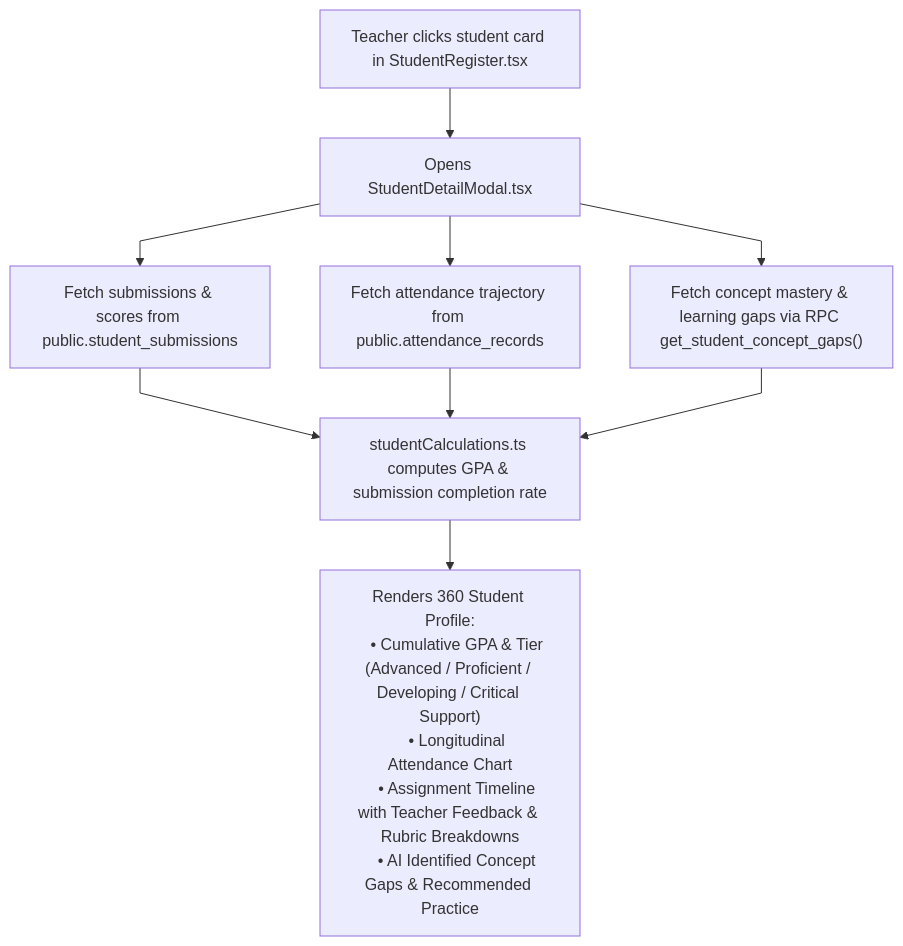
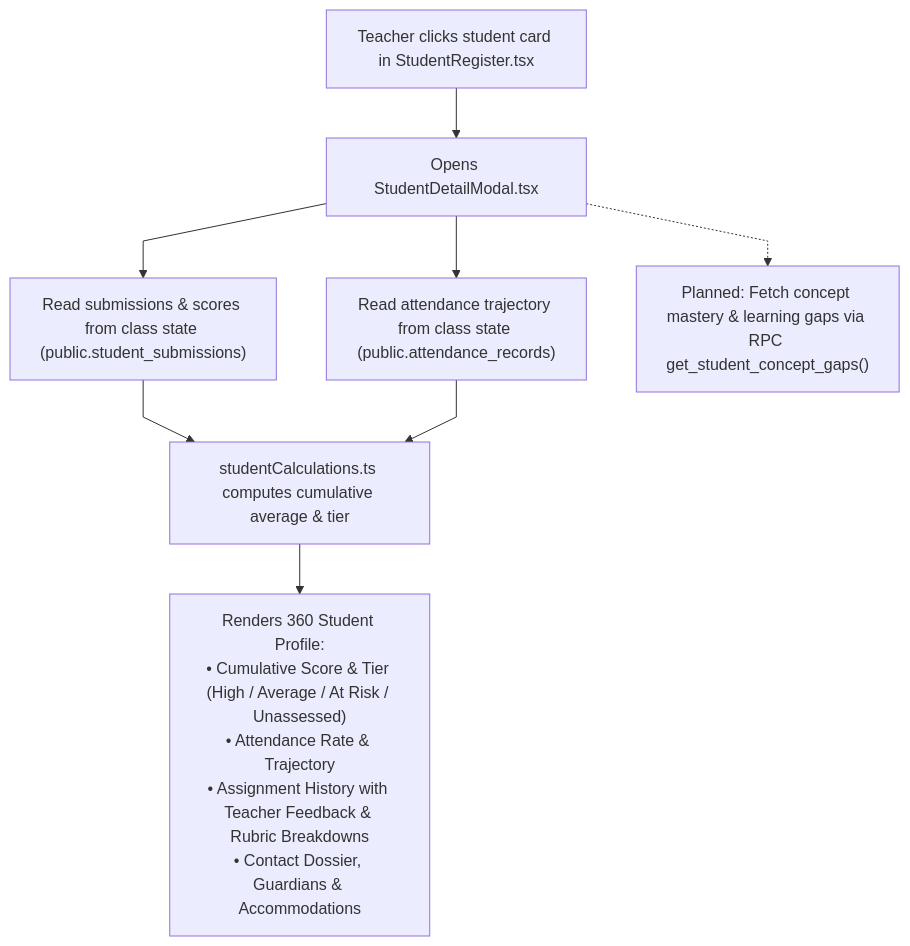
The third of 4 diagrams in docs/systems/workflows/student_roster_workflows.md (VictorBravo9er/Teacher-Assistant-Workspace), drawn with Mermaid before and after one commit. The commit also changed other lines of this file and 43 other files, not shown here.

````diff
--- a/docs/systems/workflows/student_roster_workflows.md
+++ b/docs/systems/workflows/student_roster_workflows.md
@@ -100,19 +100,14 @@
 ```mermaid
 %%{init: {'flowchart': {'curve': 'linear'}}}%%
 flowchart TD
     Click["Teacher clicks student card in StudentRegister.tsx"] --> OpenModal["Opens StudentDetailModal.tsx"]
     
-    OpenModal --> Fetch1["Fetch submissions & scores from public.student_submissions"]
-    OpenModal --> Fetch2["Fetch attendance trajectory from public.attendance_records"]
-    OpenModal --> Fetch3["Fetch concept mastery & learning gaps via RPC get_student_concept_gaps()"]
+    OpenModal --> Fetch1["Read submissions & scores from class state (public.student_submissions)"]
+    OpenModal --> Fetch2["Read attendance trajectory from class state (public.attendance_records)"]
+    OpenModal -.-> Fetch3["Planned: Fetch concept mastery & learning gaps via RPC get_student_concept_gaps()"]
     
-    Fetch1 --> Aggregate["studentCalculations.ts computes GPA & submission completion rate"]
+    Fetch1 --> Aggregate["studentCalculations.ts computes cumulative average & tier"]
     Fetch2 --> Aggregate
-    Fetch3 --> Aggregate
 
-    Aggregate --> RenderProfile["Renders 360 Student Profile:
-    • Cumulative GPA & Tier (Advanced / Proficient / Developing / Critical Support)
-    • Longitudinal Attendance Chart
-    • Assignment Timeline with Teacher Feedback & Rubric Breakdowns
-    • AI Identified Concept Gaps & Recommended Practice"]
+    Aggregate --> RenderProfile["Renders 360 Student Profile:<br/>• Cumulative Score & Tier (High / Average / At Risk / Unassessed)<br/>• Attendance Rate & Trajectory<br/>• Assignment History with Teacher Feedback & Rubric Breakdowns<br/>• Contact Dossier, Guardians & Accommodations"]
 ```
````
